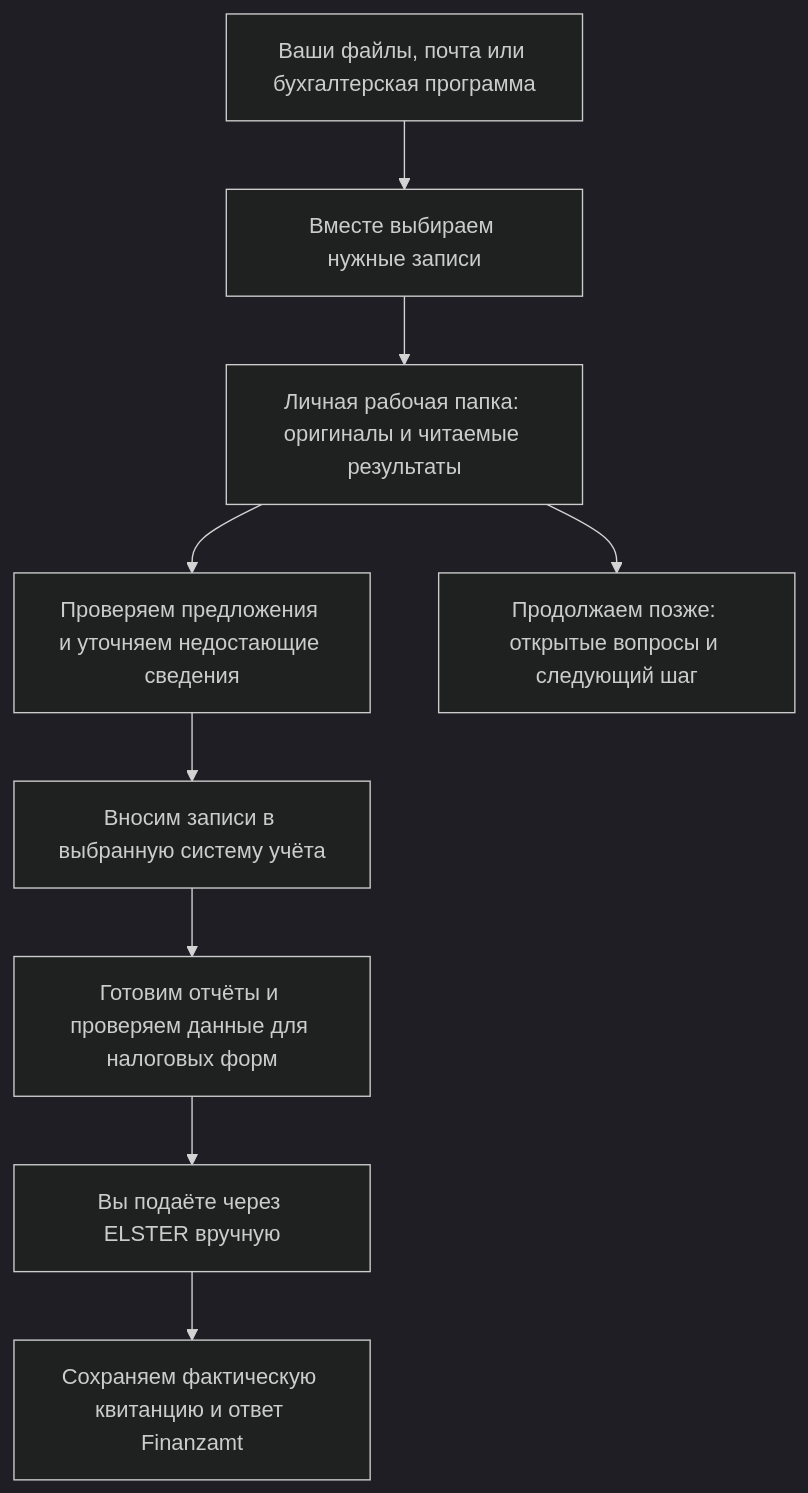
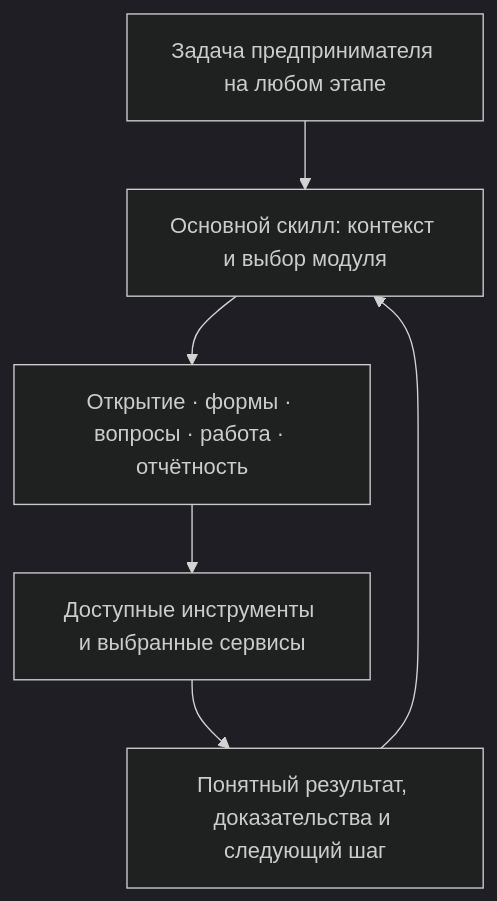
The diagram in README.ru.md (ilyafedotov-ops/german-business-skills), drawn with Mermaid (dark theme) before and after one commit. The commit also changed other lines of this file and 20 other files, not shown here.

````diff
--- a/README.ru.md
+++ b/README.ru.md
@@ -34,11 +44,8 @@
 ```mermaid
 flowchart TD
-    A["Ваши файлы, почта или бухгалтерская программа"] --> B["Вместе выбираем нужные записи"]
-    B --> C["Личная рабочая папка: оригиналы и читаемые результаты"]
-    C --> D["Проверяем предложения и уточняем недостающие сведения"]
-    D --> E["Вносим записи в выбранную систему учёта"]
-    E --> F["Готовим отчёты и проверяем данные для налоговых форм"]
-    F --> G["Вы подаёте через ELSTER вручную"]
-    G --> H["Сохраняем фактическую квитанцию и ответ Finanzamt"]
-    C --> I["Продолжаем позже: открытые вопросы и следующий шаг"]
+    A["Задача предпринимателя на любом этапе"] --> B["Основной скилл: контекст и выбор модуля"]
+    B --> C["Открытие · формы · вопросы · работа · отчётность"]
+    C --> D["Доступные инструменты и выбранные сервисы"]
+    D --> E["Понятный результат, доказательства и следующий шаг"]
+    E --> B
 ```
````
